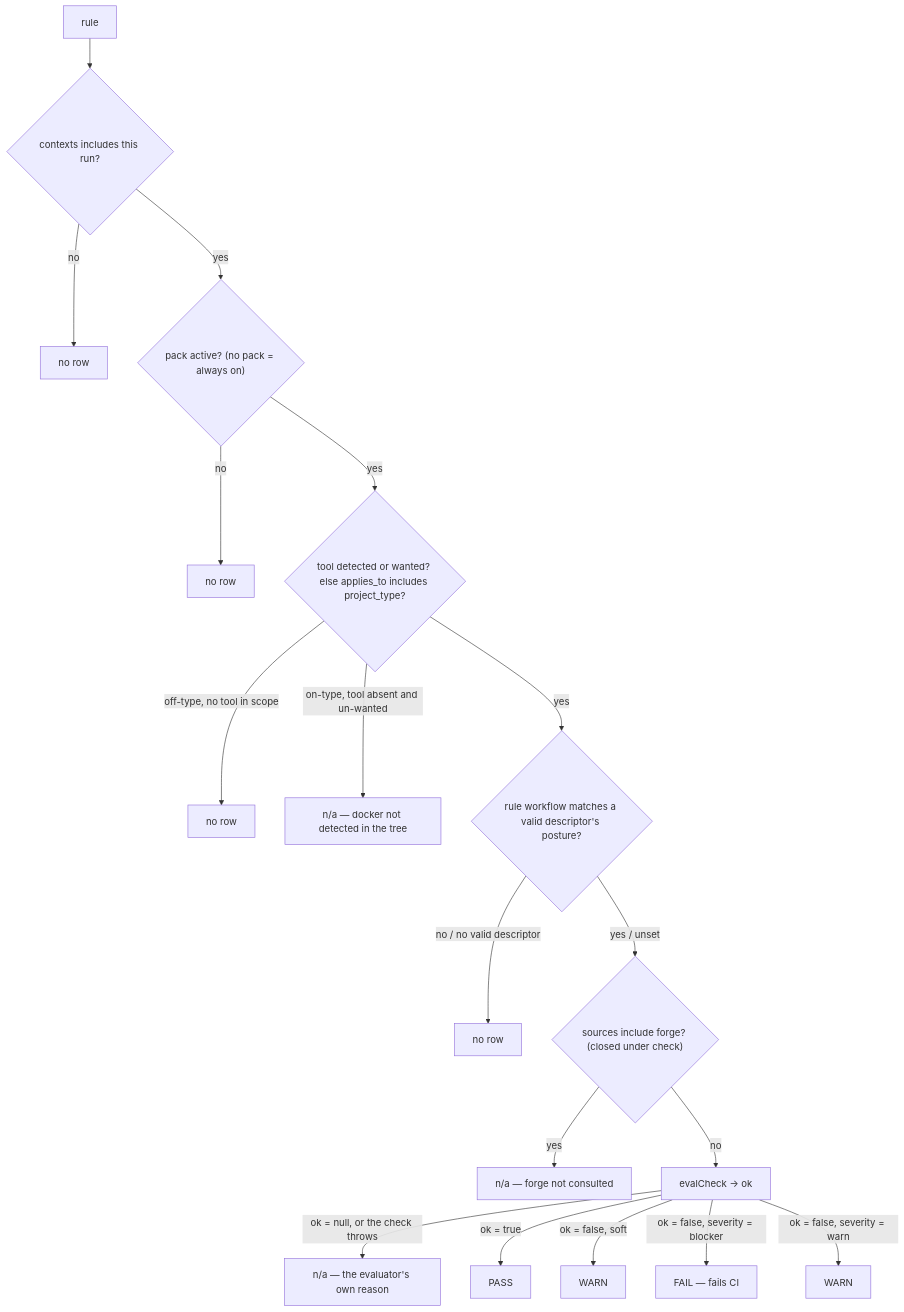
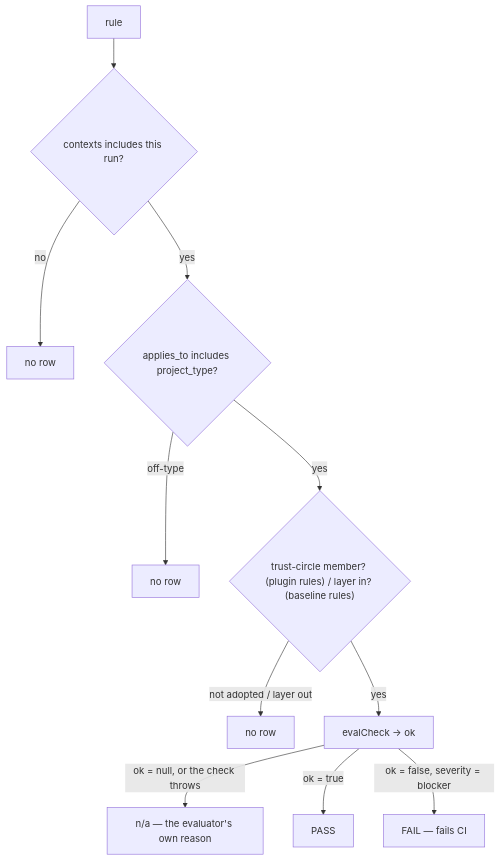
Before and after one commit to AdarGit008/baseline-skill: the third of 3 diagrams in docs/REFERENCE.md, drawn with Mermaid. The commit also changed other lines of this file and 9 other files, not shown here.

````diff
--- a/docs/REFERENCE.md
+++ b/docs/REFERENCE.md
@@ -115,20 +96,13 @@
 ```mermaid
 flowchart TD
   R["rule"] --> CX{"contexts includes this run?"}
   CX -- "no" --> N0["no row"]
-  CX -- "yes" --> P{"pack active? (no pack = always on)"}
-  P -- "no" --> N1["no row"]
-  P -- "yes" --> T{"tool detected or wanted? else applies_to includes project_type?"}
-  T -- "off-type, no tool in scope" --> N2["no row"]
-  T -- "on-type, tool absent and un-wanted" --> NA1["n/a — docker not detected in the tree"]
-  T -- "yes" --> WF{"rule workflow matches a valid descriptor's posture?"}
-  WF -- "no / no valid descriptor" --> N3["no row"]
-  WF -- "yes / unset" --> FG{"sources include forge? (closed under check)"}
-  FG -- "yes" --> NA2["n/a — forge not consulted"]
-  FG -- "no" --> E["evalCheck → ok"]
-  E -- "ok = null, or the check throws" --> NA3["n/a — the evaluator's own reason"]
+  CX -- "yes" --> T{"applies_to includes project_type?"}
+  T -- "off-type" --> N1["no row"]
+  T -- "yes" --> M{"trust-circle member? (plugin rules) / layer in? (baseline rules)"}
+  M -- "not adopted / layer out" --> N2["no row"]
+  M -- "yes" --> E["evalCheck → ok"]
+  E -- "ok = null, or the check throws" --> NA1["n/a — the evaluator's own reason"]
   E -- "ok = true" --> PASS["PASS"]
-  E -- "ok = false, soft" --> W1["WARN"]
   E -- "ok = false, severity = blocker" --> F["FAIL — fails CI"]
-  E -- "ok = false, severity = warn" --> W2["WARN"]
 ```
````
